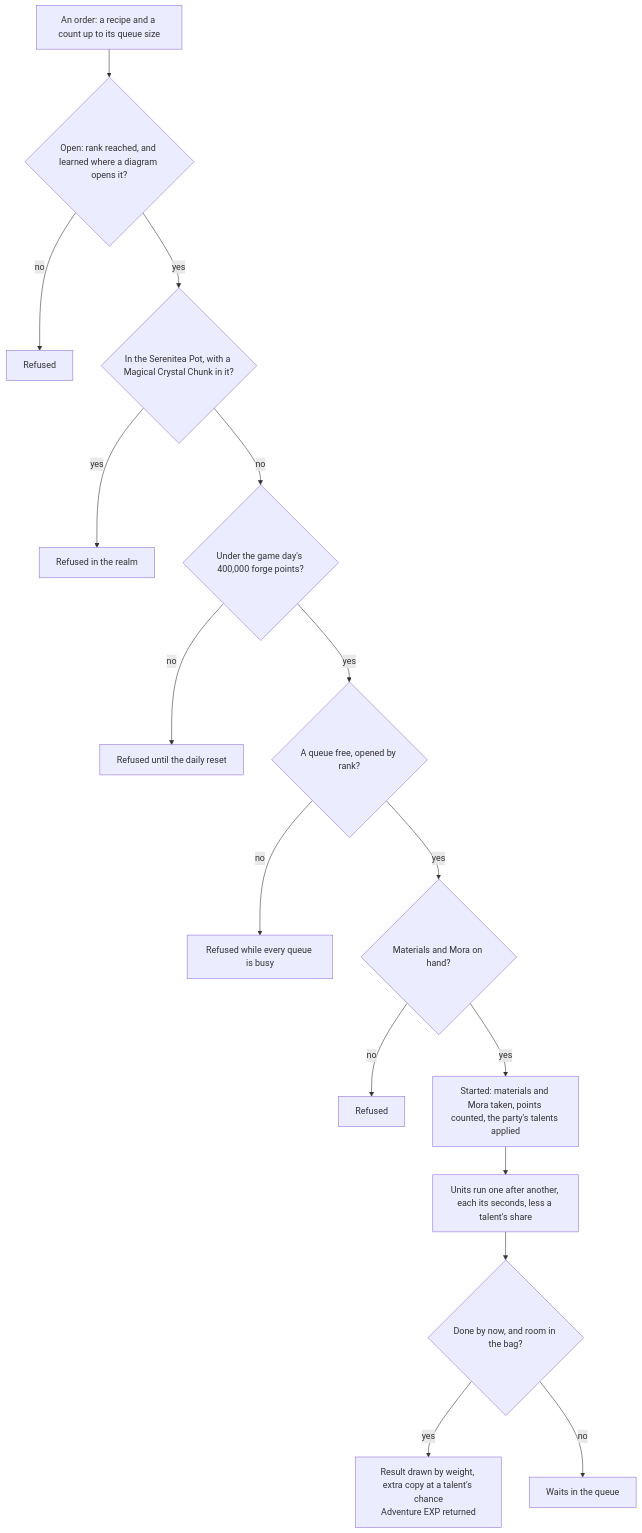
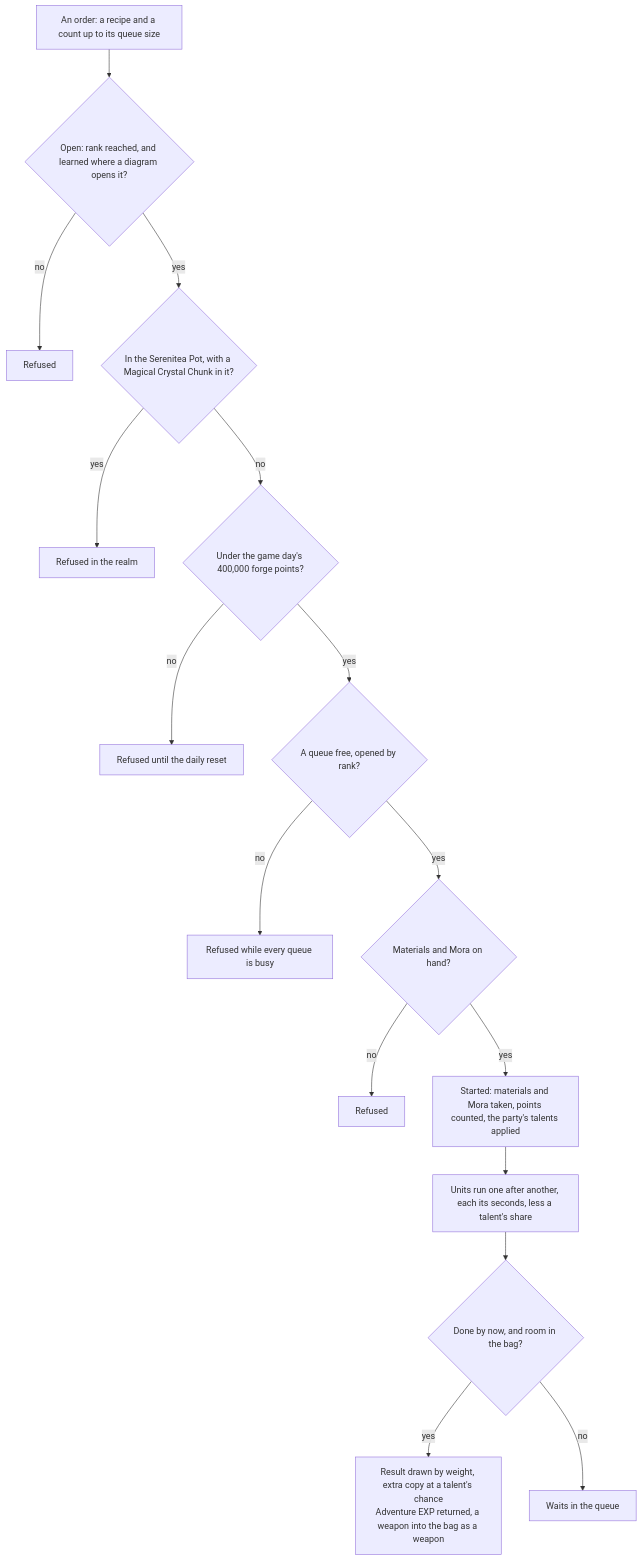
One commit to Esposter/Esposter changed the diagram in apps/web/content/docs/genshin/forging.md. Above: the diagram before and after it, drawn with Mermaid. The commit also changed other lines of this file and 2 other files, not shown here.

First line of the commit message:
docs(genshin): the forging page records the weapon result and the names, the proposal keeps the screen and the place

````diff
--- a/apps/web/content/docs/genshin/forging.md
+++ b/apps/web/content/docs/genshin/forging.md
@@ -12,18 +12,18 @@
 ```mermaid
 flowchart TD
   O["An order: a recipe and a count up to its queue size"] --> OPEN{"Open: rank reached, and learned where a diagram opens it?"}
   OPEN -->|"no"| R1["Refused"]
   OPEN -->|"yes"| REALM{"In the Serenitea Pot, with a Magical Crystal Chunk in it?"}
   REALM -->|"yes"| R2["Refused in the realm"]
   REALM -->|"no"| CAP{"Under the game day's 400,000 forge points?"}
   CAP -->|"no"| R3["Refused until the daily reset"]
   CAP -->|"yes"| Q{"A queue free, opened by rank?"}
   Q -->|"no"| R4["Refused while every queue is busy"]
   Q -->|"yes"| PAY{"Materials and Mora on hand?"}
   PAY -->|"no"| R5["Refused"]
   PAY -->|"yes"| RUN["Started: materials and Mora taken, points counted, the party's talents applied"]
   RUN --> U["Units run one after another, each its seconds, less a talent's share"]
   U --> C{"Done by now, and room in the bag?"}
-  C -->|"yes"| IN["Result drawn by weight, extra copy at a talent's chance<br/>Adventure EXP returned"]
+  C -->|"yes"| IN["Result drawn by weight, extra copy at a talent's chance<br/>Adventure EXP returned, a weapon into the bag as a weapon"]
   C -->|"no"| WQ["Waits in the queue"]
 ```
````
